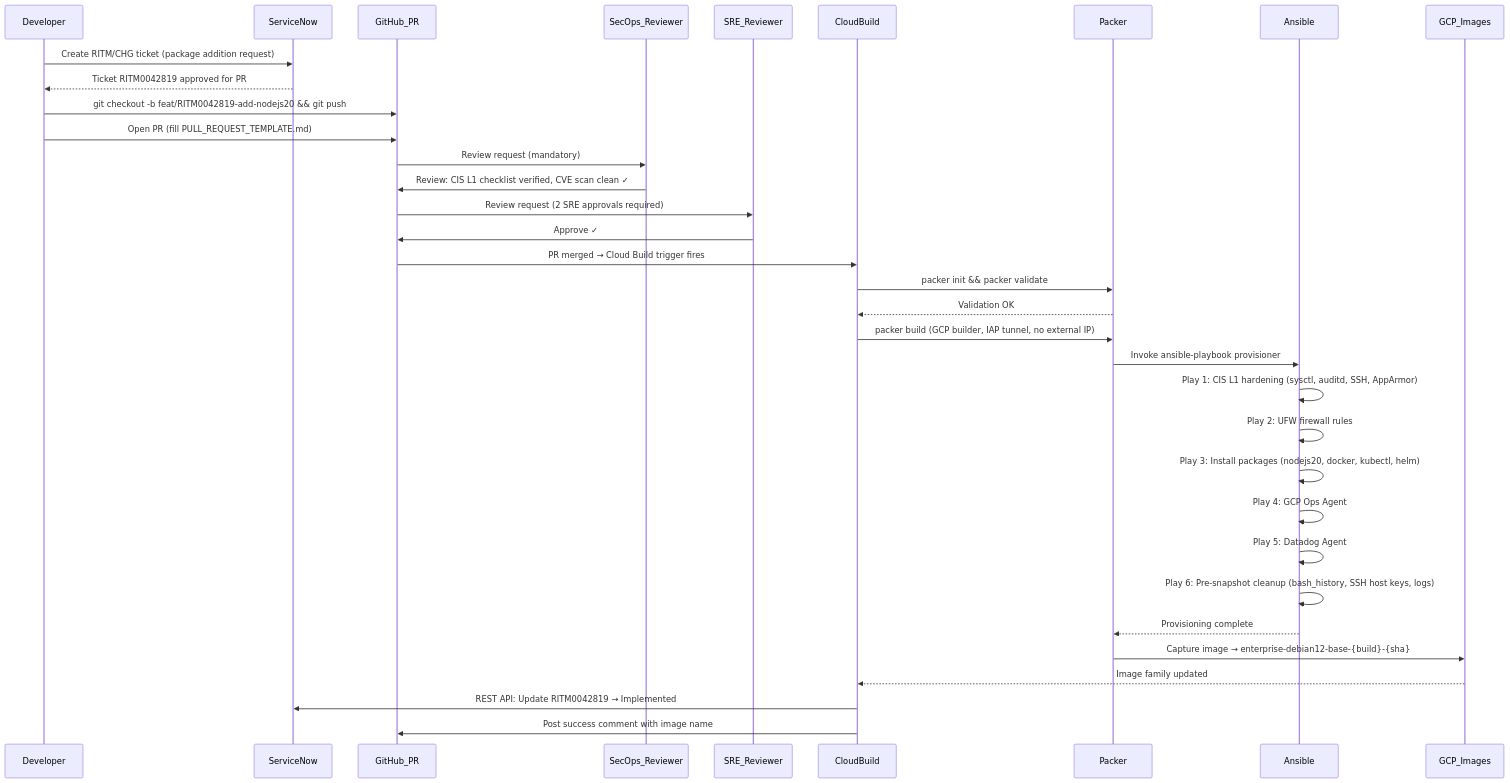
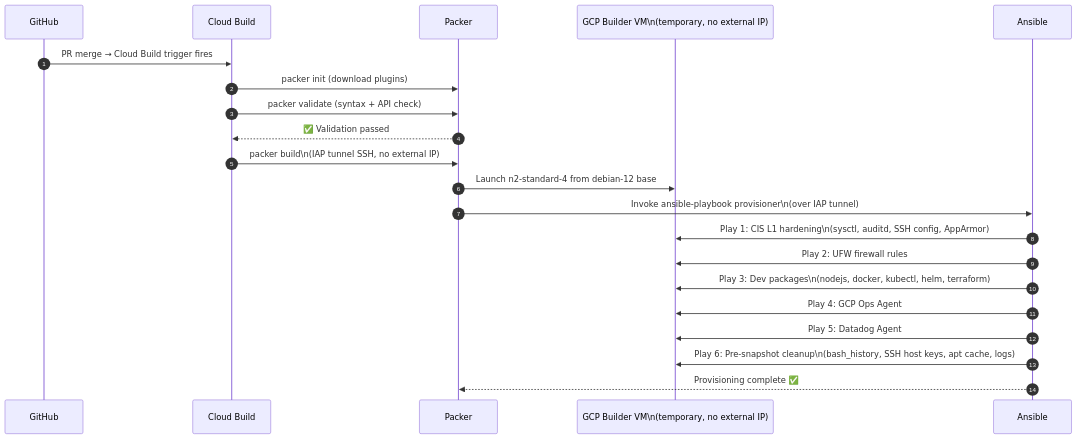
Diagram 15 of 16 in mkdocs-devops-platform/docs/architecture-diagrams.md (AravindKumarjoshi/devops-platform), drawn with Mermaid before and after one commit. The commit also changed other lines of this file and 6 other files, not shown here.

First line of the commit message:
docs: enlarge diagrams + add explanations for all manifests and scripts

````diff
--- a/mkdocs-devops-platform/docs/architecture-diagrams.md
+++ b/mkdocs-devops-platform/docs/architecture-diagrams.md
@@ -220,39 +421,24 @@
-```mermaid
-sequenceDiagram
-    participant Developer
-    participant ServiceNow
-    participant GitHub_PR
-    participant SecOps_Reviewer
-    participant SRE_Reviewer
-    participant CloudBuild
-    participant Packer
-    participant Ansible
-    participant GCP_Images
+    ```mermaid
+    sequenceDiagram
+        autonumber
+        participant GH as GitHub
+        participant CB as Cloud Build
+        participant PKR as Packer
+        participant VM as GCP Builder VM\n(temporary, no external IP)
+        participant ANS as Ansible
 
-    Developer->>ServiceNow: Create RITM/CHG ticket (package addition request)
-    ServiceNow-->>Developer: Ticket RITM0042819 approved for PR
-    Developer->>GitHub_PR: git checkout -b feat/RITM0042819-add-nodejs20 && git push
-    Developer->>GitHub_PR: Open PR (fill PULL_REQUEST_TEMPLATE.md)
-    GitHub_PR->>SecOps_Reviewer: Review request (mandatory)
-    SecOps_Reviewer->>GitHub_PR: Review: CIS L1 checklist verified, CVE scan clean ✓
-    GitHub_PR->>SRE_Reviewer: Review request (2 SRE approvals required)
-    SRE_Reviewer->>GitHub_PR: Approve ✓
-    GitHub_PR->>CloudBuild: PR merged → Cloud Build trigger fires
-    CloudBuild->>Packer: packer init && packer validate
-    Packer-->>CloudBuild: Validation OK
-    CloudBuild->>Packer: packer build (GCP builder, IAP tunnel, no external IP)
-    Packer->>Ansible: Invoke ansible-playbook provisioner
-    
-    Ansible->>Ansible: Play 1: CIS L1 hardening (sysctl, auditd, SSH, AppArmor)
-    Ansible->>Ansible: Play 2: UFW firewall rules
-    Ansible->>Ansible: Play 3: Install packages (nodejs20, docker, kubectl, helm)
-    Ansible->>Ansible: Play 4: GCP Ops Agent
-    Ansible->>Ansible: Play 5: Datadog Agent
-    Ansible->>Ansible: Play 6: Pre-snapshot cleanup (bash_history, SSH host keys, logs)
-    
-    Ansible-->>Packer: Provisioning complete
-    Packer->>GCP_Images: Capture image → enterprise-debian12-base-{build}-{sha}
-    GCP_Images-->>CloudBuild: Image family updated
-    CloudBuild->>ServiceNow: REST API: Update RITM0042819 → Implemented
-    CloudBuild->>GitHub_PR: Post success comment with image name
-```
+        GH->>CB: PR merge → Cloud Build trigger fires
+        CB->>PKR: packer init (download plugins)
+        CB->>PKR: packer validate (syntax + API check)
+        PKR-->>CB: ✅ Validation passed
+        CB->>PKR: packer build\n(IAP tunnel SSH, no external IP)
+        PKR->>VM: Launch n2-standard-4 from debian-12 base
+        PKR->>ANS: Invoke ansible-playbook provisioner\n(over IAP tunnel)
+        ANS->>VM: Play 1: CIS L1 hardening\n(sysctl, auditd, SSH config, AppArmor)
+        ANS->>VM: Play 2: UFW firewall rules
+        ANS->>VM: Play 3: Dev packages\n(nodejs, docker, kubectl, helm, terraform)
+        ANS->>VM: Play 4: GCP Ops Agent
+        ANS->>VM: Play 5: Datadog Agent
+        ANS->>VM: Play 6: Pre-snapshot cleanup\n(bash_history, SSH host keys, apt cache, logs)
+        ANS-->>PKR: Provisioning complete ✅
+    ```
````
